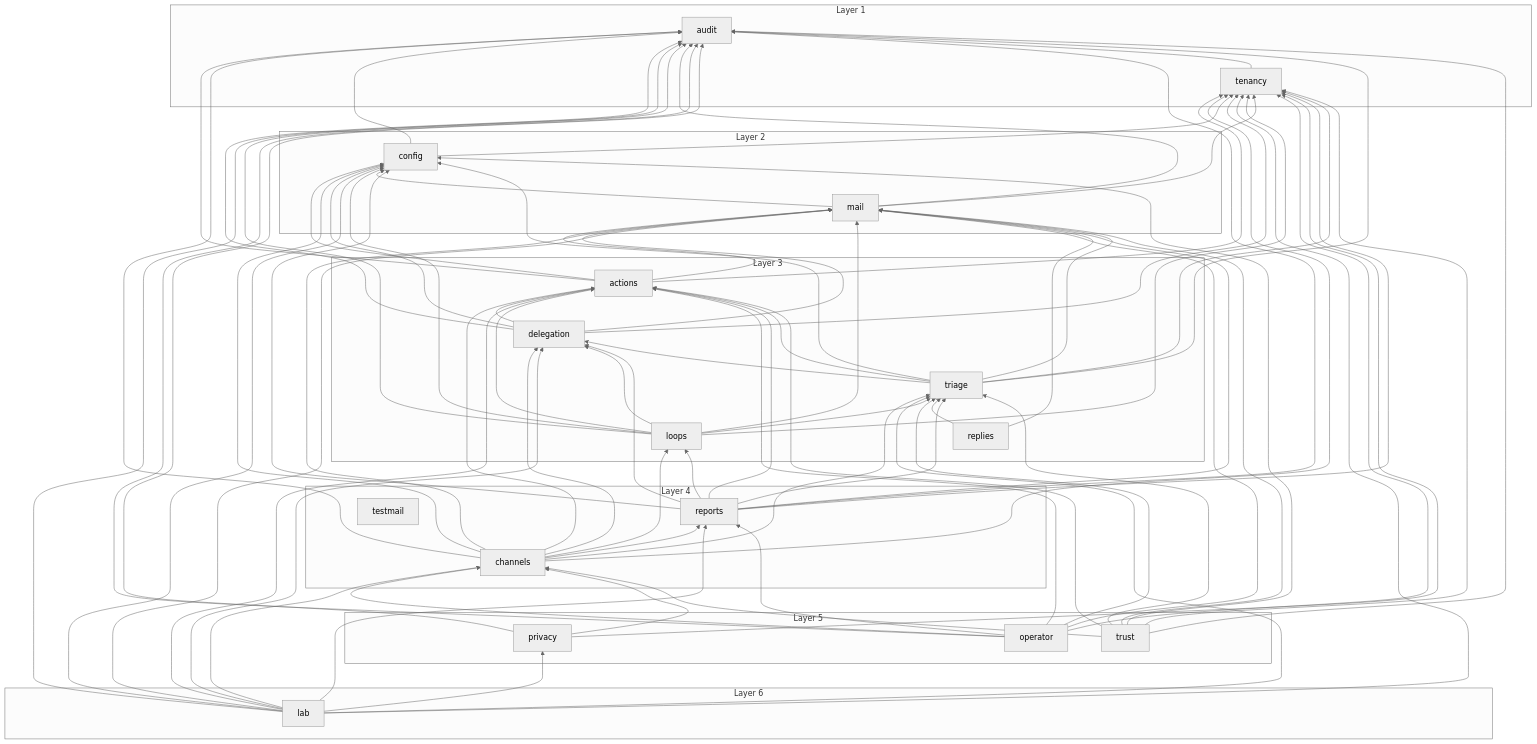
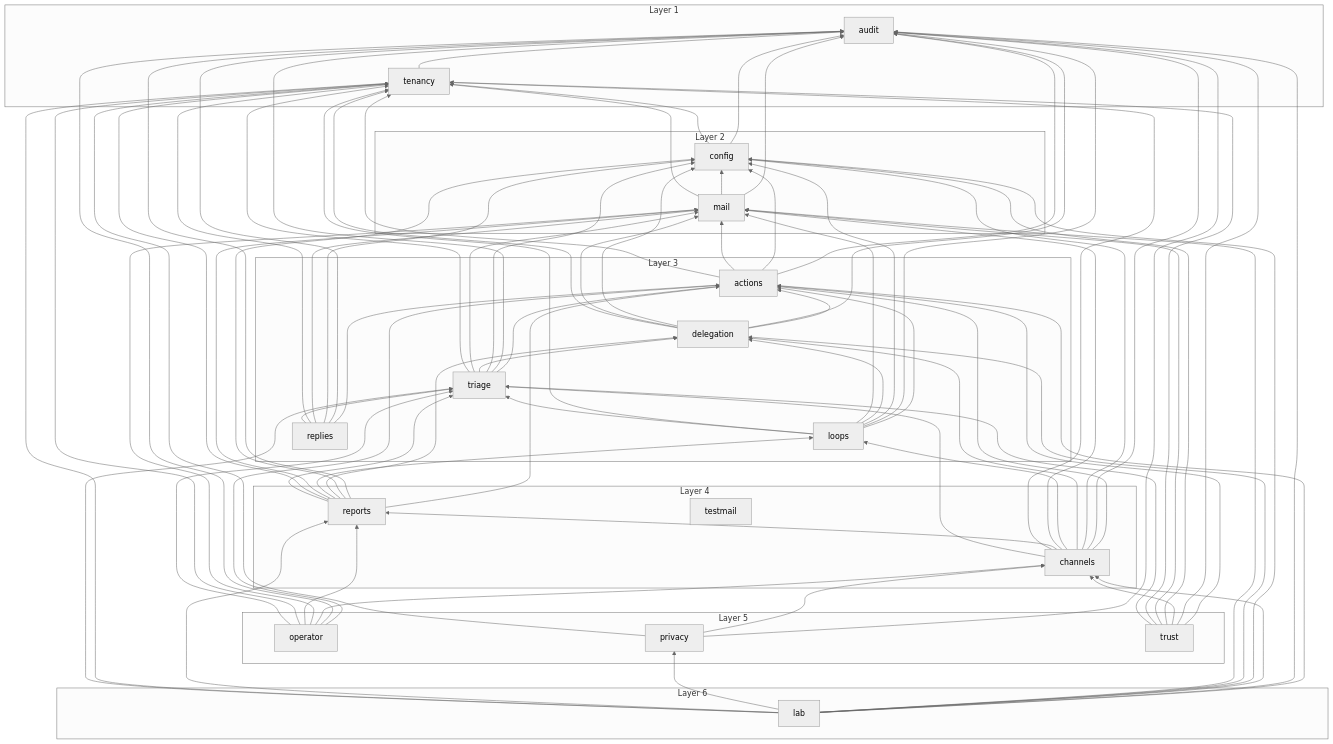
One commit to Artexs/email_assistant changed the diagram in docs/diagrams/module-graph.md. Above: the diagram before and after it, drawn with Mermaid (neutral theme). The commit also changed 26 other files, not shown here.

```diff
--- a/docs/diagrams/module-graph.md
+++ b/docs/diagrams/module-graph.md
@@ -84,7 +84,11 @@
   privacy --> audit
   privacy --> channels
   privacy --> tenancy
+  replies --> actions
+  replies --> audit
+  replies --> config
   replies --> mail
+  replies --> tenancy
   replies --> triage
   reports --> actions
   reports --> audit
```
